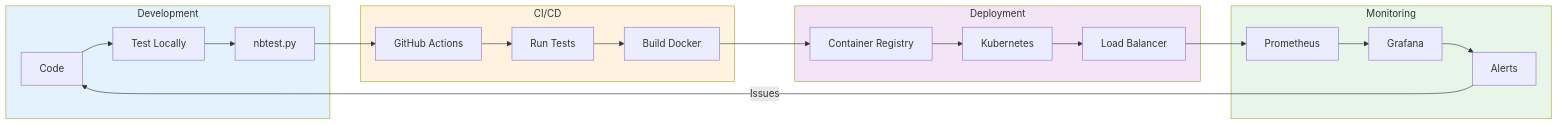
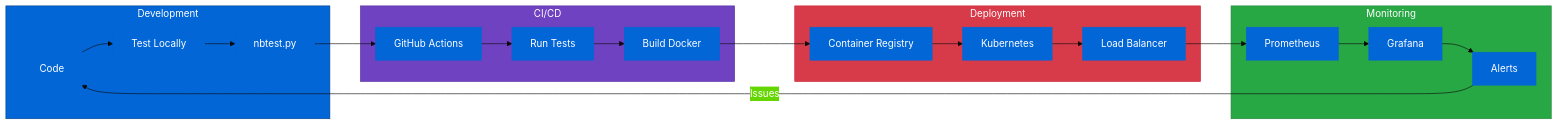
One commit to nexageapps/AI changed the tenth of 21 diagrams in README.md. Above: the diagram before and after it, drawn with Mermaid. The commit also changed other lines of this file and 1 other file, not shown here.

````diff
--- a/README.md
+++ b/README.md
@@ -355,32 +355,33 @@
 ```mermaid
+%%{init: {'theme':'base', 'themeVariables': {'primaryColor':'#0366d6','primaryTextColor':'#fff','primaryBorderColor':'#0366d6'}}}%%
 graph LR
     subgraph Development
         D1[Code] --> D2[Test Locally]
         D2 --> D3[nbtest.py]
     end
     
-    subgraph CI/CD
+    subgraph CICD[CI/CD]
         D3 --> C1[GitHub Actions]
         C1 --> C2[Run Tests]
         C2 --> C3[Build Docker]
     end
     
     subgraph Deployment
         C3 --> P1[Container Registry]
         P1 --> P2[Kubernetes]
         P2 --> P3[Load Balancer]
     end
     
     subgraph Monitoring
         P3 --> M1[Prometheus]
         M1 --> M2[Grafana]
         M2 --> M3[Alerts]
     end
     
     M3 -->|Issues| D1
     
-    style Development fill:#e3f2fd
-    style CI/CD fill:#fff3e0
-    style Deployment fill:#f3e5f5
-    style Monitoring fill:#e8f5e9
+    style Development fill:#0366d6,stroke:#044289,color:#fff
+    style CICD fill:#6f42c1,stroke:#5a32a3,color:#fff
+    style Deployment fill:#d73a49,stroke:#cb2431,color:#fff
+    style Monitoring fill:#28a745,stroke:#22863a,color:#fff
 ```
````
